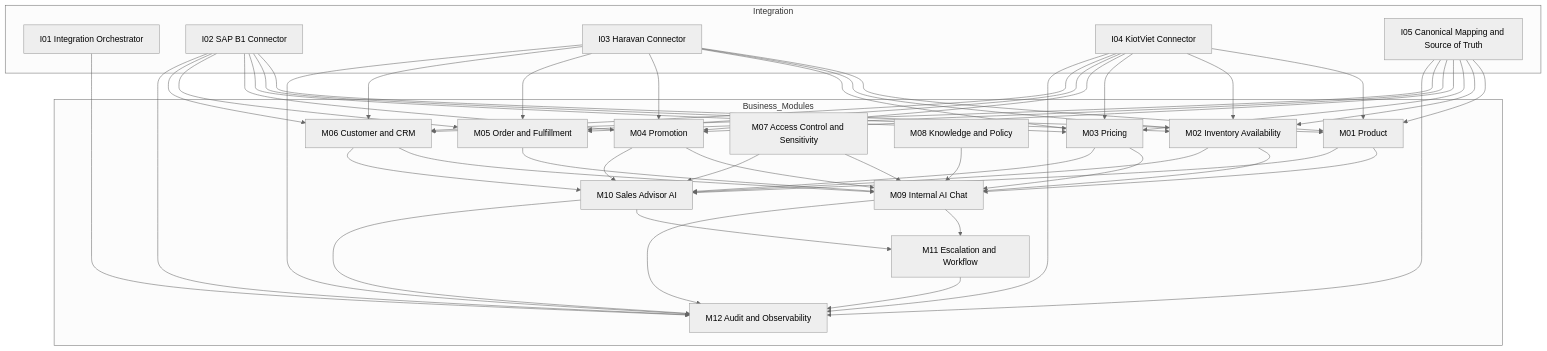
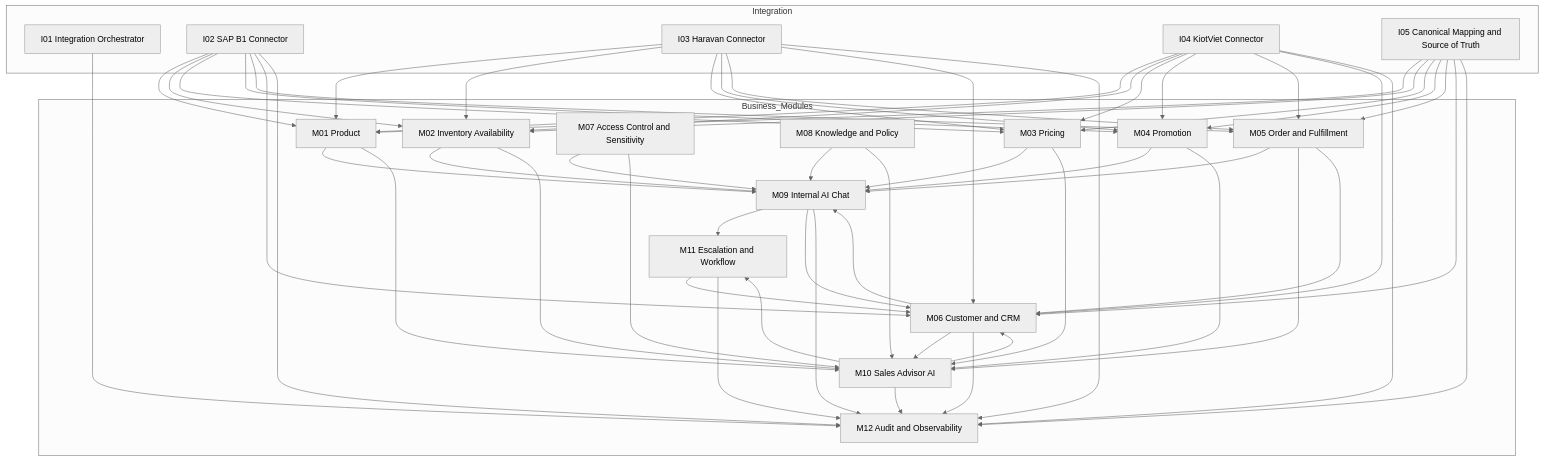
The diagram in 01_Projects/MIABOS/Analysis/Features/_feature_dependency_map.md (alextran8320/mia-bq-enterprise), drawn with Mermaid (neutral theme) before and after one commit. The commit also changed other lines of this file and 7 other files, not shown here.

```diff
--- a/01_Projects/MIABOS/Analysis/Features/_feature_dependency_map.md
+++ b/01_Projects/MIABOS/Analysis/Features/_feature_dependency_map.md
@@ -68,17 +68,24 @@
     M02 --> M10
     M03 --> M10
     M04 --> M10
+    M05 --> M10
     M06 --> M10
     M07 --> M10
+    M08 --> M10
 
     M09 --> M11
     M10 --> M11
+    M05 --> M06
+    M09 --> M06
+    M10 --> M06
+    M11 --> M06
 
     I01 --> M12
     I02 --> M12
     I03 --> M12
     I04 --> M12
     I05 --> M12
+    M06 --> M12
     M09 --> M12
     M10 --> M12
     M11 --> M12
```
